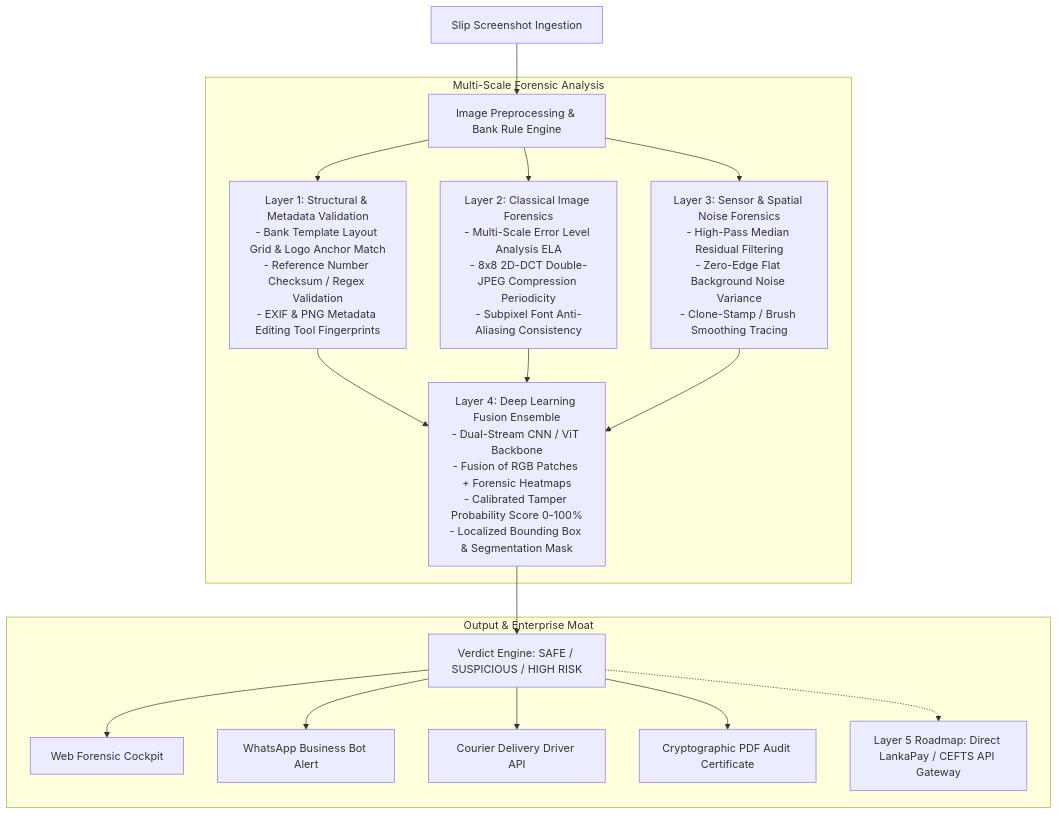
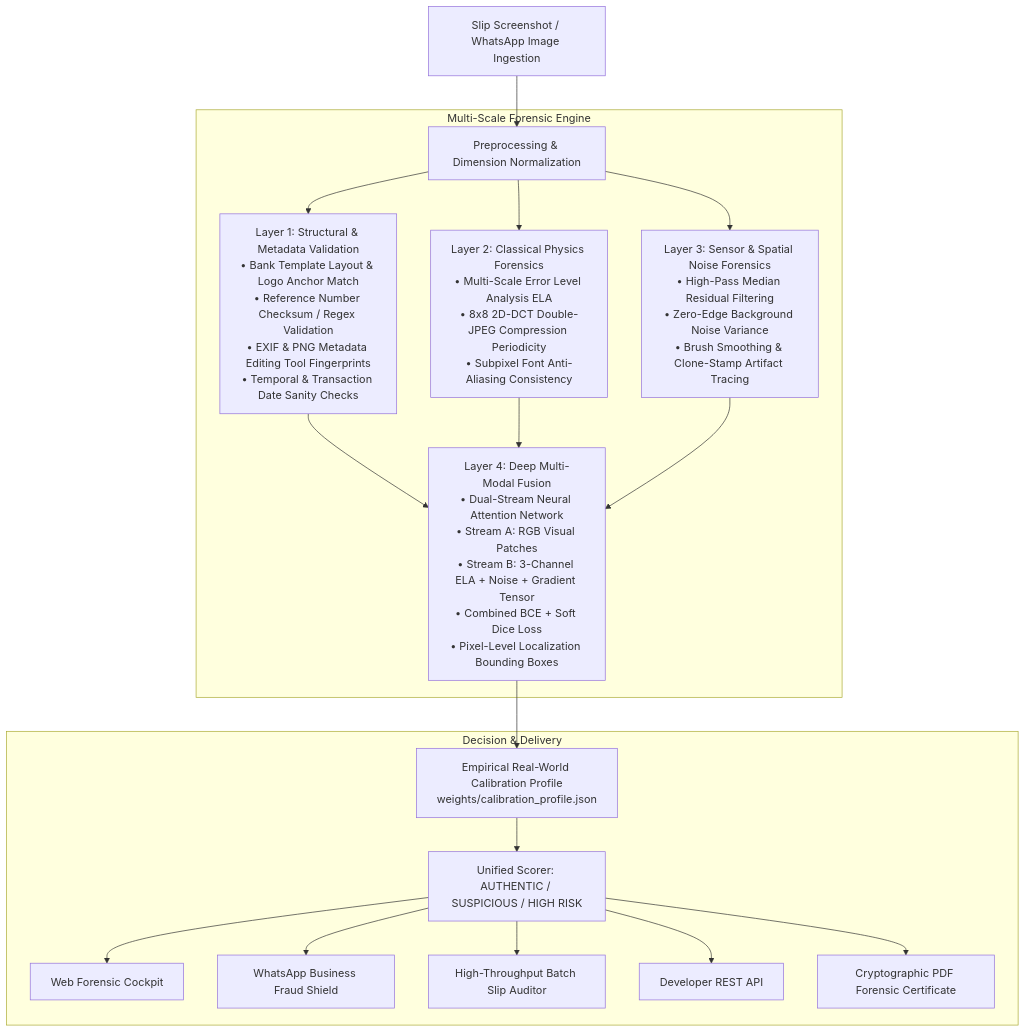
The diagram in README.md (DulanjayaHerath/VeriSlip), drawn with Mermaid before and after one commit. The commit also changed other lines of this file and 1 other file, not shown here.

Commit message:
docs: modernize README with Kaggle training, few-shot calibration, and audit 48 completed roadmap issues

````diff
--- a/README.md
+++ b/README.md
@@ -24,21 +30,24 @@
 ```mermaid
 flowchart TD
-    A[Slip Screenshot Ingestion] --> B[Image Preprocessing & Bank Rule Engine]
+    A[Slip Screenshot / WhatsApp Image Ingestion] --> B[Preprocessing & Dimension Normalization]
     
-    subgraph Multi-Scale Forensic Analysis
-        B --> L1[Layer 1: Structural & Metadata Validation\n- Bank Template Layout Grid & Logo Anchor Match\n- Reference Number Checksum / Regex Validation\n- EXIF & PNG Metadata Editing Tool Fingerprints]
-        B --> L2[Layer 2: Classical Image Forensics\n- Multi-Scale Error Level Analysis ELA\n- 8x8 2D-DCT Double-JPEG Compression Periodicity\n- Subpixel Font Anti-Aliasing Consistency]
-        B --> L3[Layer 3: Sensor & Spatial Noise Forensics\n- High-Pass Median Residual Filtering\n- Zero-Edge Flat Background Noise Variance\n- Clone-Stamp / Brush Smoothing Tracing]
+    subgraph Multi-Scale Forensic Engine
+        B --> L1[Layer 1: Structural & Metadata Validation\n• Bank Template Layout & Logo Anchor Match\n• Reference Number Checksum / Regex Validation\n• EXIF & PNG Metadata Editing Tool Fingerprints\n• Temporal & Transaction Date Sanity Checks]
         
-        L1 & L2 & L3 --> L4[Layer 4: Deep Learning Fusion Ensemble\n- Dual-Stream CNN / ViT Backbone\n- Fusion of RGB Patches + Forensic Heatmaps\n- Calibrated Tamper Probability Score 0-100%\n- Localized Bounding Box & Segmentation Mask]
+        B --> L2[Layer 2: Classical Physics Forensics\n• Multi-Scale Error Level Analysis ELA\n• 8x8 2D-DCT Double-JPEG Compression Periodicity\n• Subpixel Font Anti-Aliasing Consistency]
+        
+        B --> L3[Layer 3: Sensor & Spatial Noise Forensics\n• High-Pass Median Residual Filtering\n• Zero-Edge Background Noise Variance\n• Brush Smoothing & Clone-Stamp Artifact Tracing]
+        
+        L1 & L2 & L3 --> L4[Layer 4: Deep Multi-Modal Fusion\n• Dual-Stream Neural Attention Network\n• Stream A: RGB Visual Patches\n• Stream B: 3-Channel ELA + Noise + Gradient Tensor\n• Combined BCE + Soft Dice Loss\n• Pixel-Level Localization Bounding Boxes]
     end
 
-    subgraph Output & Enterprise Moat
-        L4 --> OUT[Verdict Engine: SAFE / SUSPICIOUS / HIGH RISK]
-        OUT --> D1[Web Forensic Cockpit]
-        OUT --> D2[WhatsApp Business Bot Alert]
-        OUT --> D3[Courier Delivery Driver API]
-        OUT --> D4[Cryptographic PDF Audit Certificate]
-        OUT -.-> L5[Layer 5 Roadmap: Direct LankaPay / CEFTS API Gateway]
+    subgraph Decision & Delivery
+        L4 --> CAL[Empirical Real-World Calibration Profile\nweights/calibration_profile.json]
+        CAL --> V[Unified Scorer: AUTHENTIC / SUSPICIOUS / HIGH RISK]
+        V --> D1[Web Forensic Cockpit]
+        V --> D2[WhatsApp Business Fraud Shield]
+        V --> D3[High-Throughput Batch Slip Auditor]
+        V --> D4[Developer REST API]
+        V --> D5[Cryptographic PDF Forensic Certificate]
     end
 ```
````
